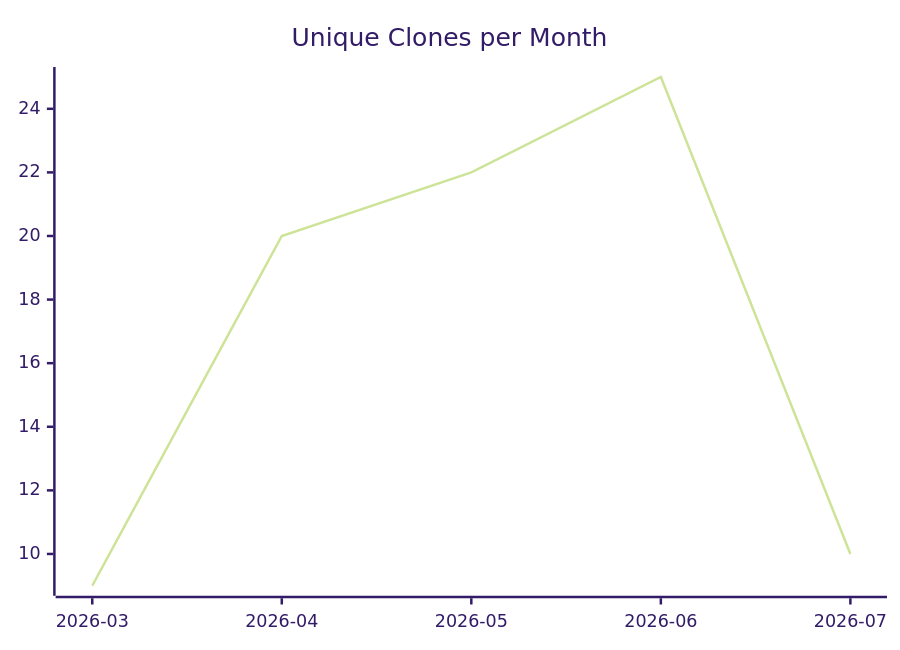
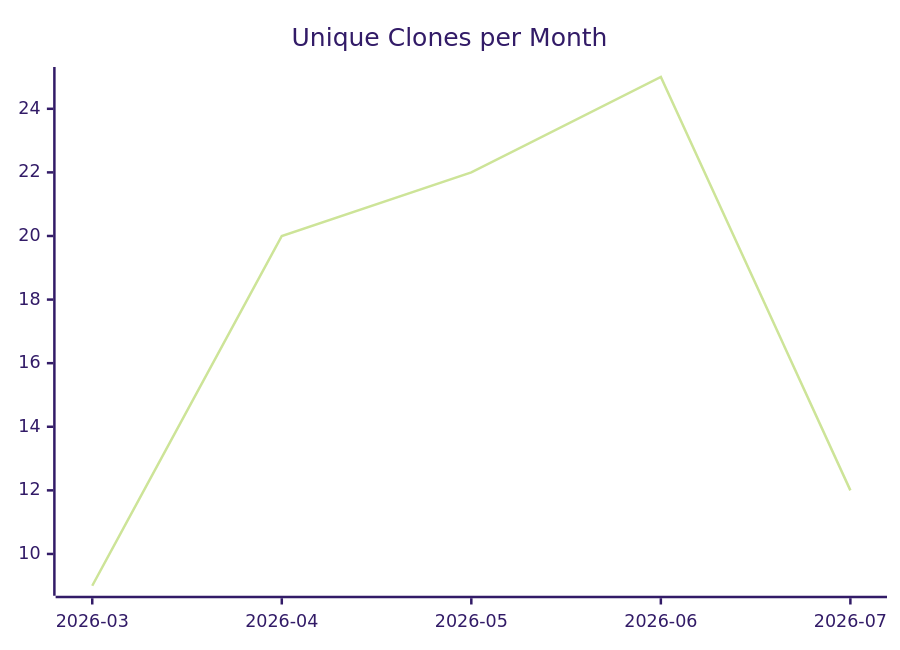
One commit to justdavis-family/github-analytics-data changed the third of 3 diagrams in karlmdavis/kxml2/README.md. Above: the diagram before and after it, drawn with Mermaid (forest theme). The commit also changed other lines of this file and 184 other files, not shown here.

````diff
--- a/karlmdavis/kxml2/README.md
+++ b/karlmdavis/kxml2/README.md
@@ -19,6 +19,6 @@
 ```mermaid
 xychart-beta
   title "Unique Clones per Month"
   x-axis ["2026-03", "2026-04", "2026-05", "2026-06", "2026-07"]
-  line [9, 20, 22, 25, 10]
+  line [9, 20, 22, 25, 12]
 ```
````
